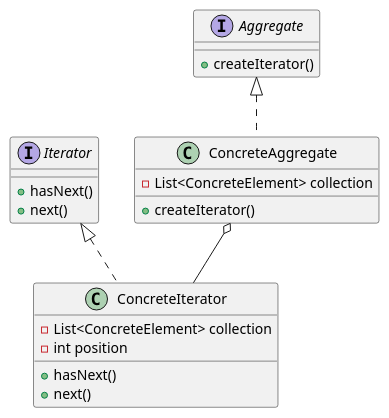
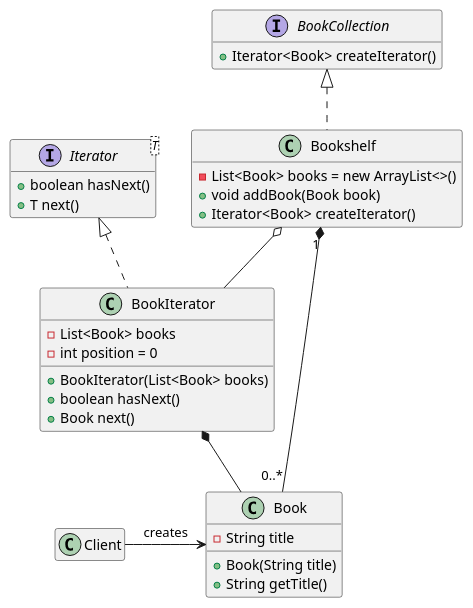
The diagram in SENG301-24S1/Labs/Plant UML/Iterator.puml (nathanscott01/UNI2024), drawn with PlantUML before and after one commit. The commit also changed 18 other files, not shown here.

```diff
--- a/SENG301-24S1/Labs/Plant UML/Iterator.puml
+++ b/SENG301-24S1/Labs/Plant UML/Iterator.puml
@@ -1,25 +1,41 @@
 @startuml
-interface Iterator {
-    +hasNext()
-    +next()
+hide empty members
+
+interface Iterator<T> {
+    +boolean hasNext()
+    +T next()
 }
 
-class ConcreteIterator implements Iterator {
-    -List<ConcreteElement> collection
-    -int position
-    +hasNext()
-    +next()
+class BookIterator implements Iterator<Book> {
+    -List<Book> books
+    -int position = 0
+    +BookIterator(List<Book> books)
+    +boolean hasNext()
+    +Book next()
 }
 
-interface Aggregate {
-    +createIterator()
+interface BookCollection {
+    +Iterator<Book> createIterator()
 }
 
-class ConcreteAggregate implements Aggregate {
-    -List<ConcreteElement> collection
-    +createIterator()
+class Bookshelf implements BookCollection {
+    -List<Book> books = new ArrayList<>()
+    +void addBook(Book book)
+    +Iterator<Book> createIterator()
+}
+
+class Book {
+    -String title
+    +Book(String title)
+    +String getTitle()
 }
 
 
-ConcreteAggregate o-- ConcreteIterator
+Bookshelf "1" *-- "0..*" Book
+Bookshelf o-- BookIterator
+BookIterator *-- Book
+
+Client -> Book: creates
+
+
 @enduml
```
